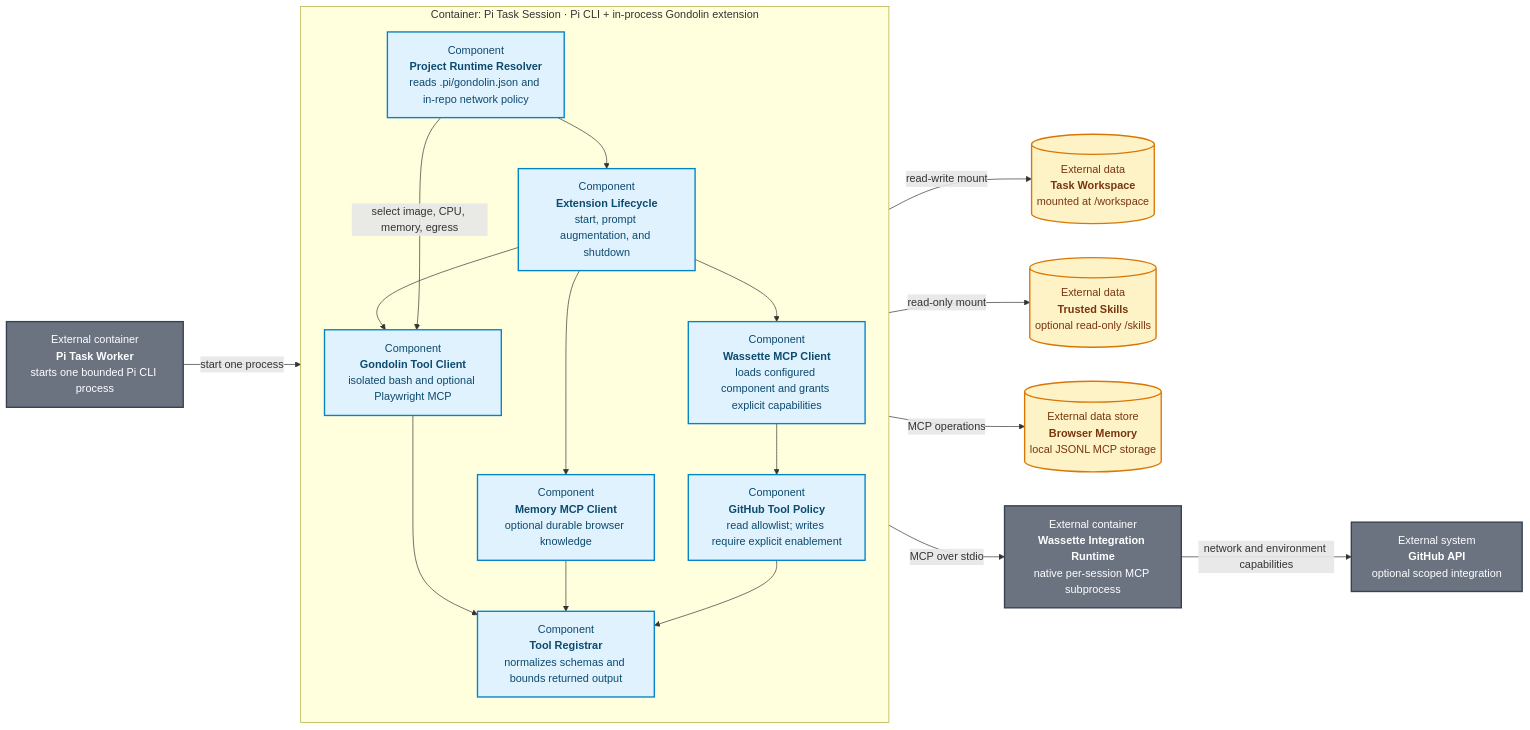
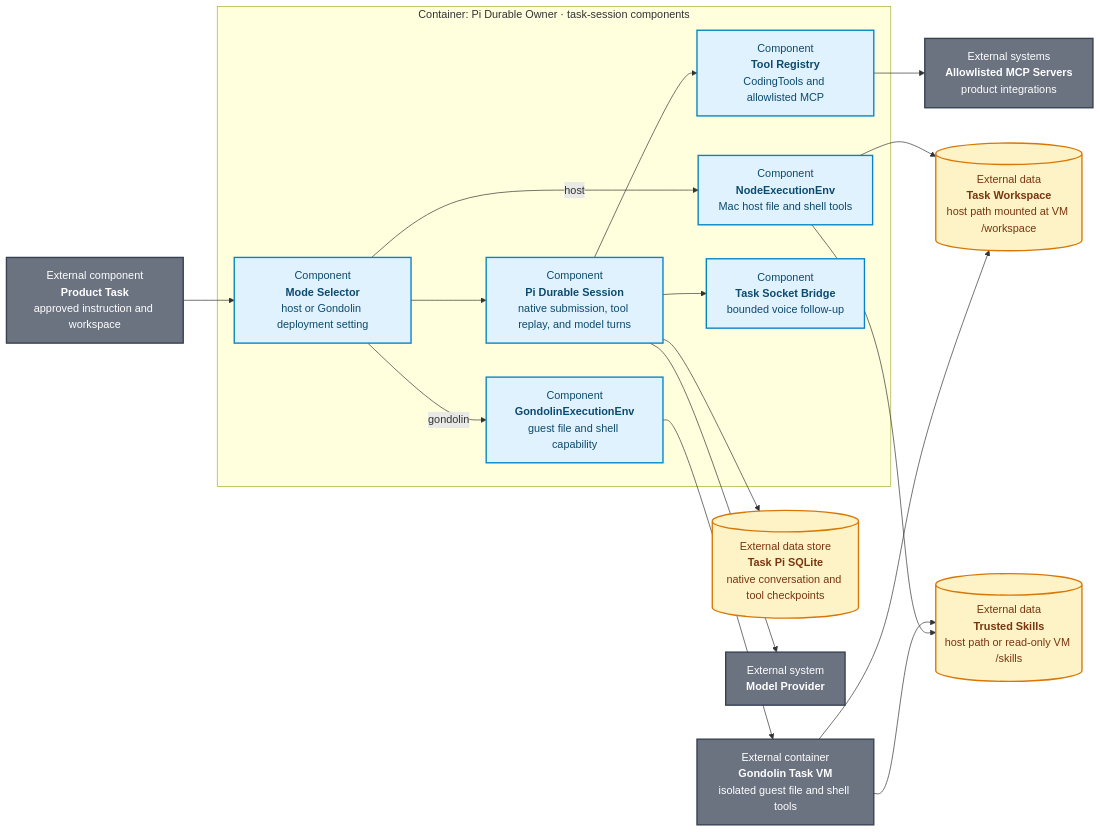
The diagram in products/voice-agent/docs/architecture/c3-task-tool-runtime.mmd (ragavsathish/agent-workload-platform), drawn with Mermaid before and after one commit. The commit also changed 163 other files, not shown here.

```diff
--- a/products/voice-agent/docs/architecture/c3-task-tool-runtime.mmd
+++ b/products/voice-agent/docs/architecture/c3-task-tool-runtime.mmd
@@ -1,40 +1,37 @@
 flowchart LR
-    WORKER[External container<br/><b>Pi Task Worker</b><br/>starts one bounded Pi CLI process]
-    WORKSPACE[(External data<br/><b>Task Workspace</b><br/>mounted at /workspace)]
-    SKILLS[(External data<br/><b>Trusted Skills</b><br/>optional read-only /skills)]
-    MEMORY[(External data store<br/><b>Browser Memory</b><br/>local JSONL MCP storage)]
-    GITHUB[External system<br/><b>GitHub API</b><br/>optional scoped integration]
-    WASSETTE_RUNTIME[External container<br/><b>Wassette Integration Runtime</b><br/>native per-session MCP subprocess]
+    TASK["External component<br/><b>Product Task</b><br/>approved instruction and workspace"]
+    SQLITE[("External data store<br/><b>Task Pi SQLite</b><br/>native conversation and tool checkpoints")]
+    WORKSPACE[("External data<br/><b>Task Workspace</b><br/>host path mounted at VM /workspace")]
+    SKILLS[("External data<br/><b>Trusted Skills</b><br/>host path or read-only VM /skills")]
+    MODEL["External system<br/><b>Model Provider</b>"]
+    GONDOLIN["External container<br/><b>Gondolin Task VM</b><br/>isolated guest file and shell tools"]
+    MCP["External systems<br/><b>Allowlisted MCP Servers</b><br/>product integrations"]
 
-    subgraph RUNTIME["Container: Pi Task Session · Pi CLI + in-process Gondolin extension"]
-        direction TB
-        CONFIG["Component<br/><b>Project Runtime Resolver</b><br/>reads .pi/gondolin.json and in-repo network policy"]
-        LIFECYCLE["Component<br/><b>Extension Lifecycle</b><br/>start, prompt augmentation, and shutdown"]
-        VM["Component<br/><b>Gondolin Tool Client</b><br/>isolated bash and optional Playwright MCP"]
-        MEM["Component<br/><b>Memory MCP Client</b><br/>optional durable browser knowledge"]
-        WASSETTE["Component<br/><b>Wassette MCP Client</b><br/>loads configured component and grants explicit capabilities"]
-        POLICY["Component<br/><b>GitHub Tool Policy</b><br/>read allowlist; writes require explicit enablement"]
-        REGISTRY["Component<br/><b>Tool Registrar</b><br/>normalizes schemas and bounds returned output"]
-
-        CONFIG --> LIFECYCLE --> VM
-        LIFECYCLE --> MEM
-        LIFECYCLE --> WASSETTE --> POLICY
-        VM --> REGISTRY
-        MEM --> REGISTRY
-        POLICY --> REGISTRY
+    subgraph OWNER["Container: Pi Durable Owner · task-session components"]
+        MODE["Component<br/><b>Mode Selector</b><br/>host or Gondolin deployment setting"]
+        SESSION["Component<br/><b>Pi Durable Session</b><br/>native submission, tool replay, and model turns"]
+        REGISTRY["Component<br/><b>Tool Registry</b><br/>CodingTools and allowlisted MCP"]
+        HOST["Component<br/><b>NodeExecutionEnv</b><br/>Mac host file and shell tools"]
+        GUEST["Component<br/><b>GondolinExecutionEnv</b><br/>guest file and shell capability"]
+        BRIDGE["Component<br/><b>Task Socket Bridge</b><br/>bounded voice follow-up"]
+        MODE --> SESSION --> REGISTRY
+        MODE -->|"host"| HOST
+        MODE -->|"gondolin"| GUEST
+        SESSION --> BRIDGE
     end
 
-    WORKER -->|"start one process"| LIFECYCLE
-    CONFIG -->|"select image, CPU, memory, egress"| VM
-    VM -->|"read-write mount"| WORKSPACE
-    VM -->|"read-only mount"| SKILLS
-    MEM -->|"MCP operations"| MEMORY
-    WASSETTE -->|"MCP over stdio"| WASSETTE_RUNTIME
-    WASSETTE_RUNTIME -->|"network and environment capabilities"| GITHUB
+    TASK --> MODE
+    SESSION --> SQLITE
+    SESSION --> MODEL
+    REGISTRY --> MCP
+    HOST --> WORKSPACE
+    GUEST --> GONDOLIN --> WORKSPACE
+    GONDOLIN --> SKILLS
+    HOST --> SKILLS
 
     classDef component fill:#e0f2fe,color:#0c4a6e,stroke:#0284c7,stroke-width:2px;
     classDef external fill:#6b7280,color:#fff,stroke:#374151,stroke-width:2px;
     classDef data fill:#fef3c7,color:#78350f,stroke:#d97706,stroke-width:2px;
-    class CONFIG,LIFECYCLE,VM,MEM,WASSETTE,POLICY,REGISTRY component;
-    class WORKER,GITHUB,WASSETTE_RUNTIME external;
-    class WORKSPACE,SKILLS,MEMORY data;
+    class MODE,SESSION,REGISTRY,HOST,GUEST,BRIDGE component;
+    class TASK,MODEL,GONDOLIN,MCP external;
+    class SQLITE,WORKSPACE,SKILLS data;
```
